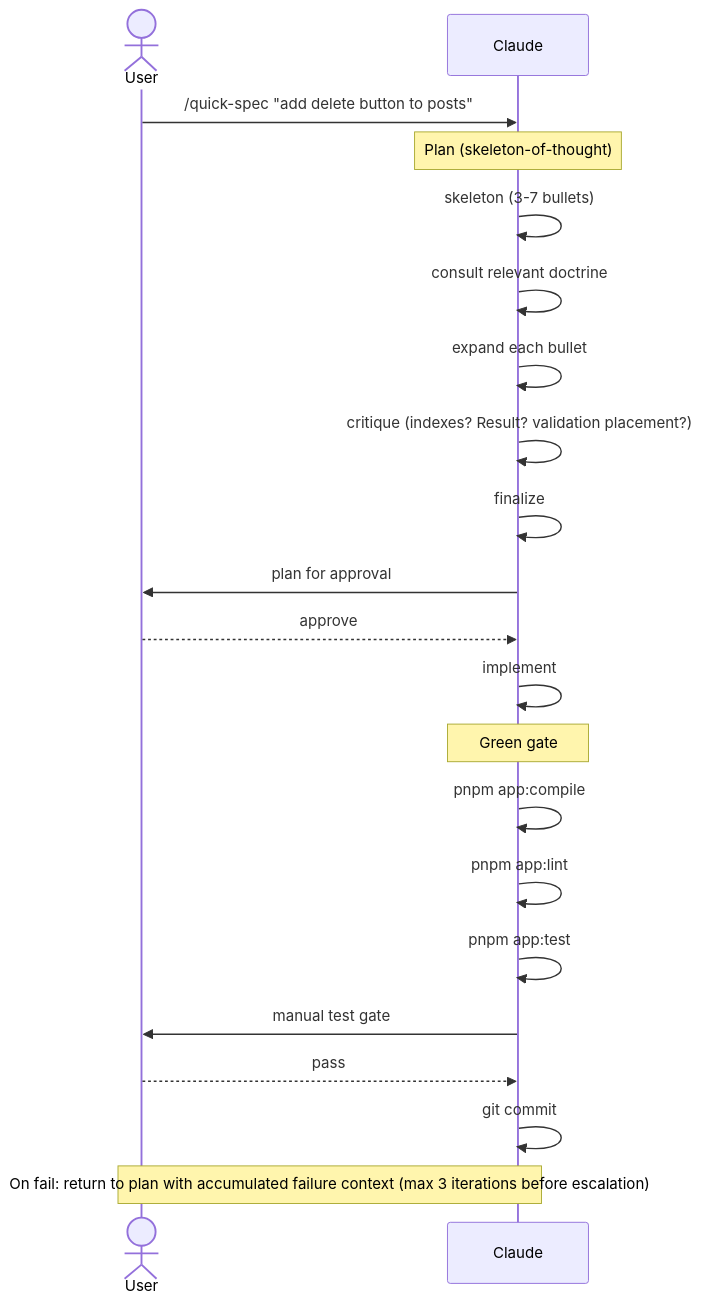
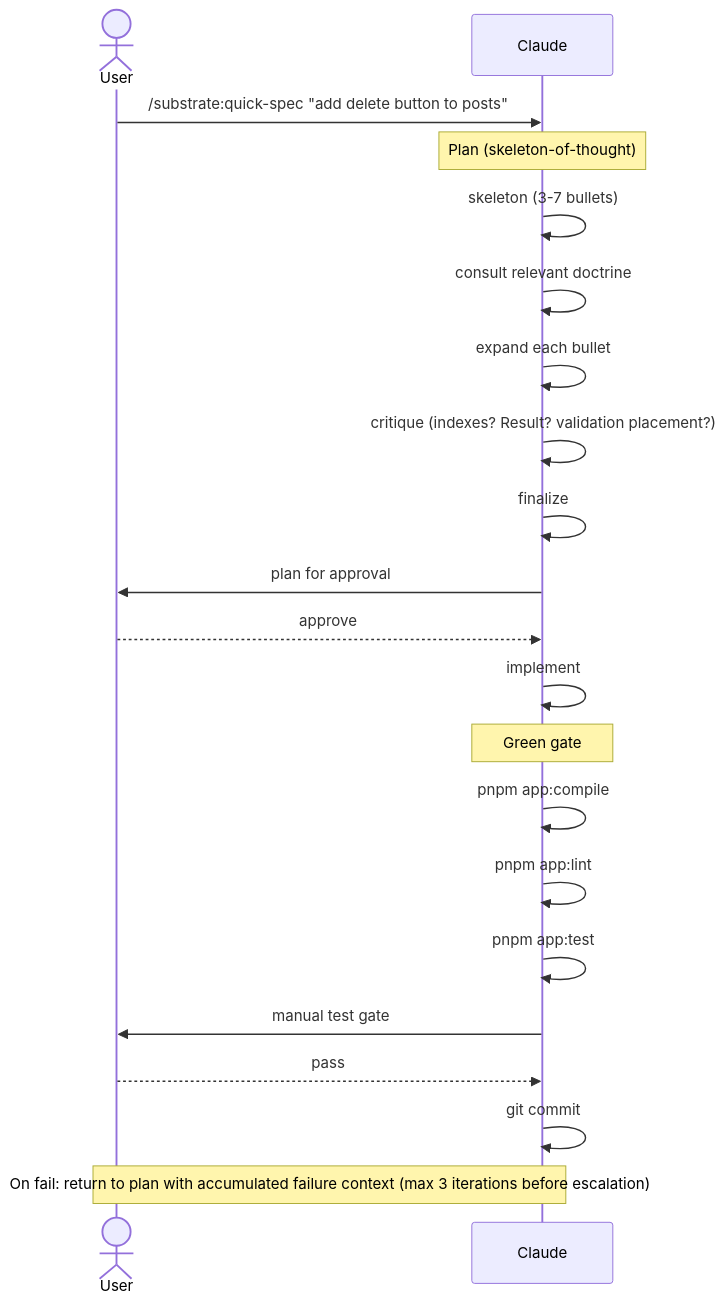
Before and after one commit to metalogica/substrate: the third of 4 diagrams in assets/sequence-diagram.md, drawn with Mermaid. The commit also changed other lines of this file and 18 other files, not shown here.

````diff
--- a/assets/sequence-diagram.md
+++ b/assets/sequence-diagram.md
@@ -123,29 +123,29 @@
 ```mermaid
 sequenceDiagram
     actor User
     participant Claude
 
-    User->>Claude: /quick-spec "add delete button to posts"
+    User->>Claude: /substrate:quick-spec "add delete button to posts"
 
     Note over Claude: Plan (skeleton-of-thought)
     Claude->>Claude: skeleton (3-7 bullets)
     Claude->>Claude: consult relevant doctrine
     Claude->>Claude: expand each bullet
     Claude->>Claude: critique (indexes? Result? validation placement?)
     Claude->>Claude: finalize
 
     Claude->>User: plan for approval
     User-->>Claude: approve
     Claude->>Claude: implement
 
     Note over Claude: Green gate
     Claude->>Claude: pnpm app:compile
     Claude->>Claude: pnpm app:lint
     Claude->>Claude: pnpm app:test
 
     Claude->>User: manual test gate
     User-->>Claude: pass
     Claude->>Claude: git commit
 
     Note over User,Claude: On fail: return to plan with accumulated failure context (max 3 iterations before escalation)
 ```
````
